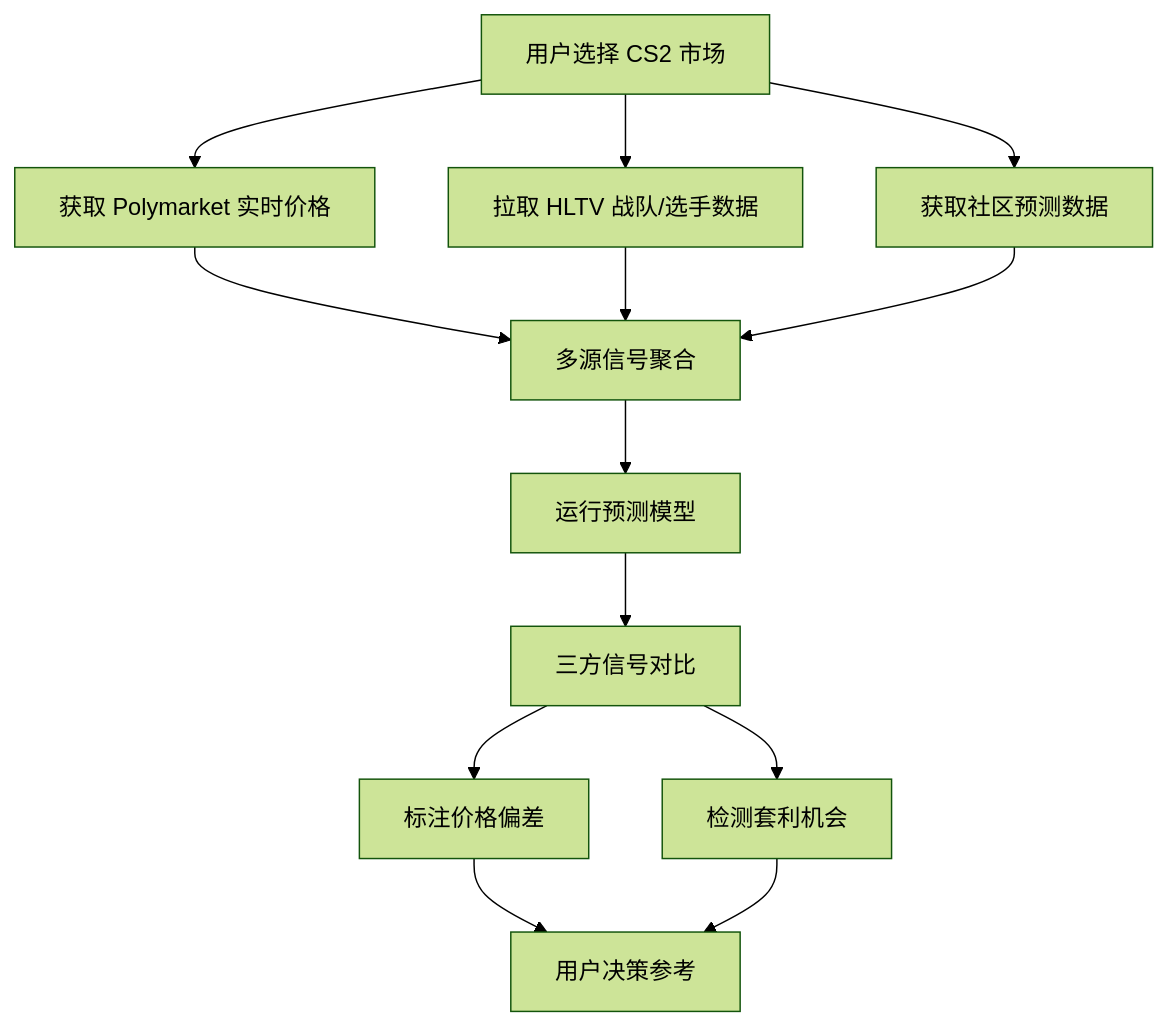
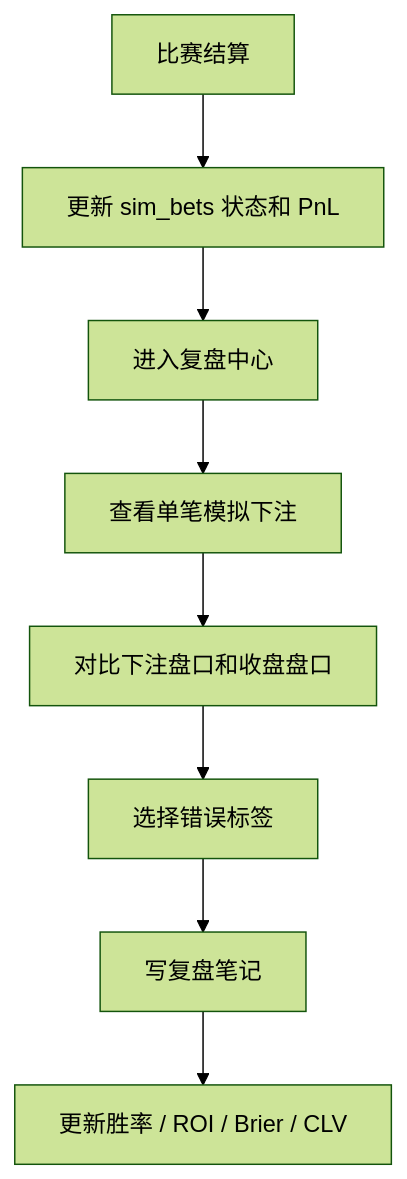
One commit to StrayShark/polyrader changed the second of 2 diagrams in .trae/documents/PRD.md. Above: the diagram before and after it, drawn with Mermaid (forest theme). The commit also changed other lines of this file and 256 other files, not shown here.

````diff
--- a/.trae/documents/PRD.md
+++ b/.trae/documents/PRD.md
@@ -120,15 +205,10 @@
 ```mermaid
 flowchart TD
-    A["用户选择 CS2 市场"] --> B["获取 Polymarket 实时价格"]
-    A --> C["拉取 HLTV 战队/选手数据"]
-    A --> D["获取社区预测数据"]
-    B --> E["多源信号聚合"]
-    C --> E
-    D --> E
-    E --> F["运行预测模型"]
-    F --> G["三方信号对比"]
-    G --> H["标注价格偏差"]
-    G --> I["检测套利机会"]
-    H --> J["用户决策参考"]
-    I --> J
+  A["比赛结算"] --> B["更新 sim_bets 状态和 PnL"]
+  B --> C["进入复盘中心"]
+  C --> D["查看单笔模拟下注"]
+  D --> E["对比下注盘口和收盘盘口"]
+  E --> F["选择错误标签"]
+  F --> G["写复盘笔记"]
+  G --> H["更新胜率 / ROI / Brier / CLV"]
 ```
````
